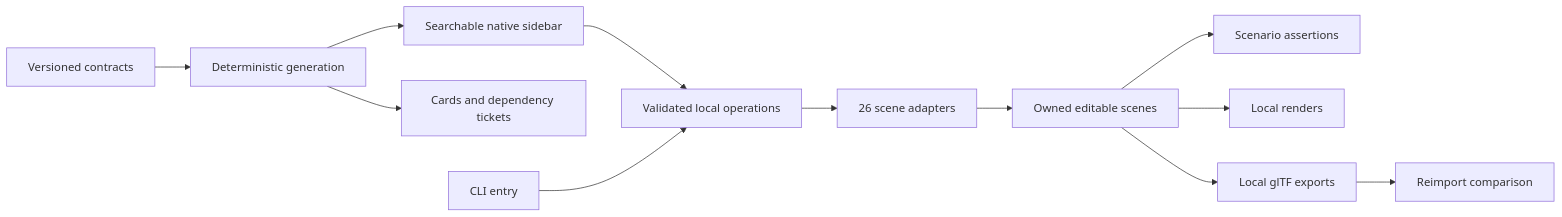
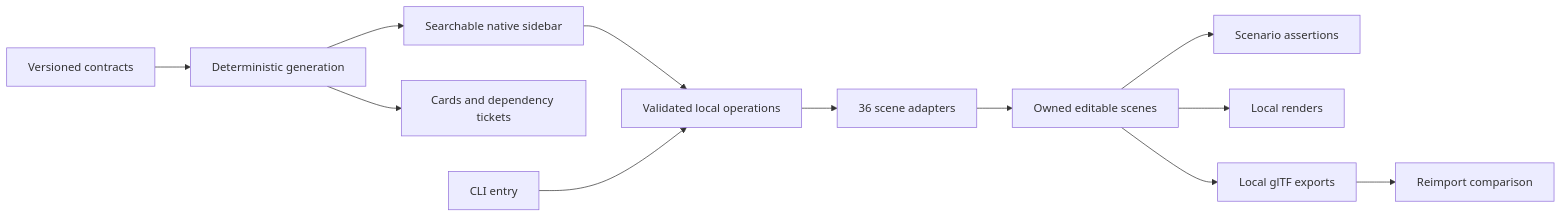
Before and after one commit to devin-thomas/blender-lab: the diagram in docs/ARCHITECTURE.md, drawn with Mermaid. The commit also changed other lines of this file and 47 other files, not shown here.

````diff
--- a/docs/ARCHITECTURE.md
+++ b/docs/ARCHITECTURE.md
@@ -7,14 +7,14 @@
 ```mermaid
 flowchart LR
   Spec[Versioned contracts] --> Generate[Deterministic generation]
   Generate --> UI[Searchable native sidebar]
   Generate --> Docs[Cards and dependency tickets]
   UI --> Ops[Validated local operations]
   CLI[CLI entry] --> Ops
-  Ops --> Builders[26 scene adapters]
+  Ops --> Builders[36 scene adapters]
   Builders --> Scenes[Owned editable scenes]
   Scenes --> Checks[Scenario assertions]
   Scenes --> Renders[Local renders]
   Scenes --> GLTF[Local glTF exports]
   GLTF --> Reimport[Reimport comparison]
 ```
````
